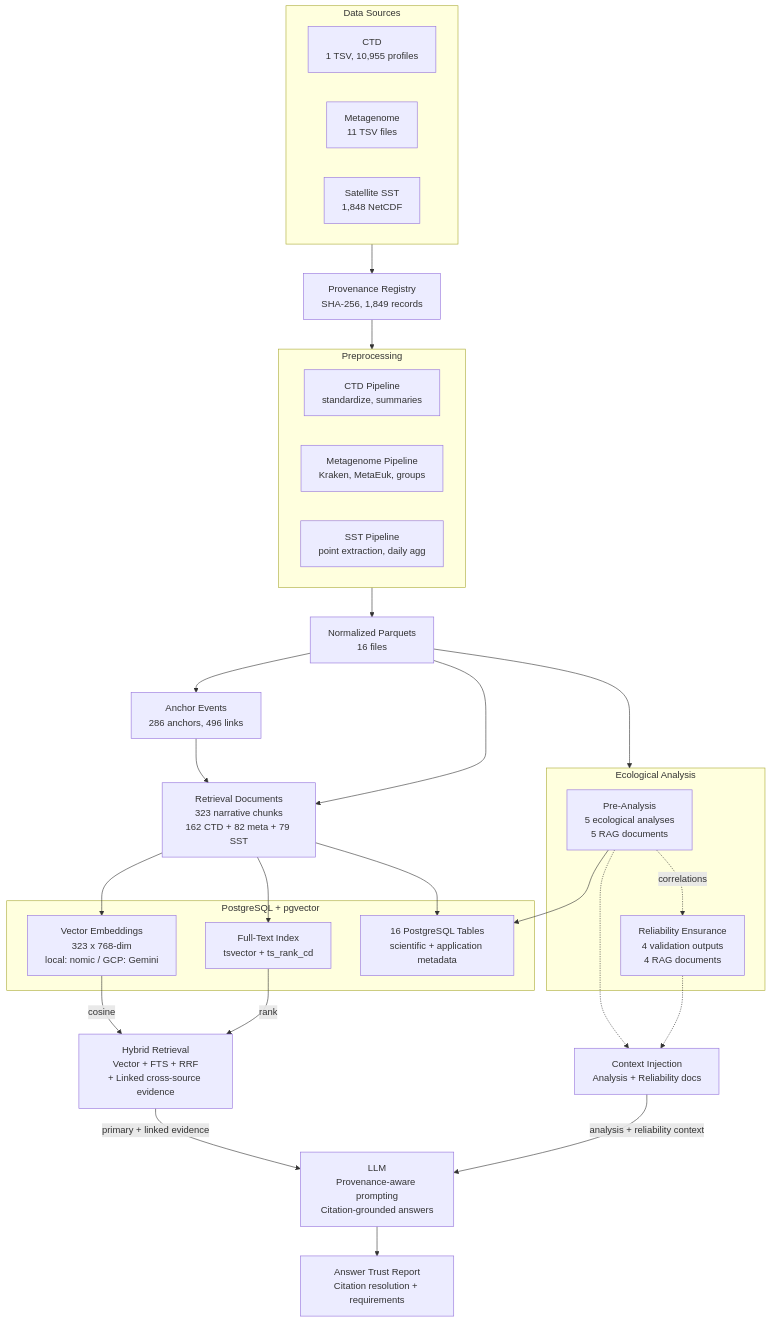
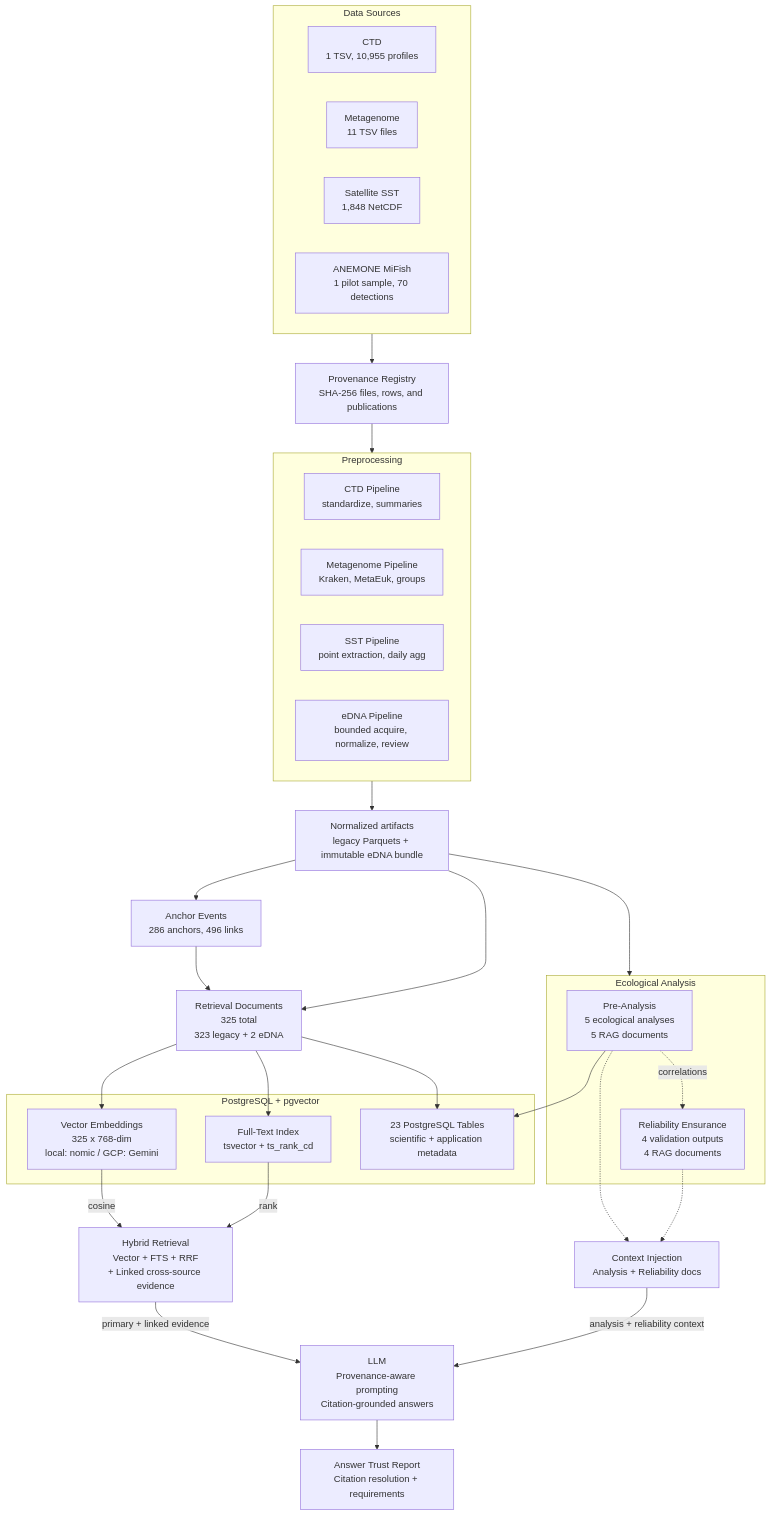
Before and after one commit to jarondlk/ocean-platform: the diagram in README.md, drawn with Mermaid. The commit also changed other lines of this file and 22 other files, not shown here.

````diff
--- a/README.md
+++ b/README.md
@@ -118,53 +137,55 @@
 ```mermaid
 flowchart TB
     subgraph Sources["Data Sources"]
         CTD["CTD\n1 TSV, 10,955 profiles"]
         META["Metagenome\n11 TSV files"]
         SST["Satellite SST\n1,848 NetCDF"]
+        EDNA["ANEMONE MiFish\n1 pilot sample, 70 detections"]
     end
 
-    PROV["Provenance Registry\nSHA-256, 1,849 records"]
+    PROV["Provenance Registry\nSHA-256 files, rows, and publications"]
 
     subgraph Preprocess["Preprocessing"]
         CTD_PP["CTD Pipeline\nstandardize, summaries"]
         META_PP["Metagenome Pipeline\nKraken, MetaEuk, groups"]
         SST_PP["SST Pipeline\npoint extraction, daily agg"]
+        EDNA_PP["eDNA Pipeline\nbounded acquire, normalize, review"]
     end
 
-    NORM["Normalized Parquets\n16 files"]
+    NORM["Normalized artifacts\nlegacy Parquets + immutable eDNA bundle"]
     ANCHOR["Anchor Events\n286 anchors, 496 links"]
 
     subgraph Analysis["Ecological Analysis"]
         PREANA["Pre-Analysis\n5 ecological analyses\n5 RAG documents"]
         RELIAB["Reliability Ensurance\n4 validation outputs\n4 RAG documents"]
     end
 
-    RETDOCS["Retrieval Documents\n323 narrative chunks\n162 CTD + 82 meta + 79 SST"]
+    RETDOCS["Retrieval Documents\n325 total\n323 legacy + 2 eDNA"]
 
     subgraph Storage["PostgreSQL + pgvector"]
-        EMB["Vector Embeddings\n323 x 768-dim\nlocal: nomic / GCP: Gemini"]
+        EMB["Vector Embeddings\n325 x 768-dim\nlocal: nomic / GCP: Gemini"]
         FTS["Full-Text Index\ntsvector + ts_rank_cd"]
-        DB["16 PostgreSQL Tables\nscientific + application metadata"]
+        DB["23 PostgreSQL Tables\nscientific + application metadata"]
     end
 
     RET["Hybrid Retrieval\nVector + FTS + RRF\n+ Linked cross-source evidence"]
     CTX["Context Injection\nAnalysis + Reliability docs"]
     LLM["LLM\nProvenance-aware prompting\nCitation-grounded answers"]
     AUDIT["Answer Trust Report\nCitation resolution + requirements"]
 
     Sources --> PROV --> Preprocess --> NORM
     NORM --> ANCHOR
     NORM --> Analysis
     PREANA -.->|correlations| RELIAB
     ANCHOR --> RETDOCS
     NORM --> RETDOCS
     RETDOCS --> EMB & FTS & DB
     PREANA --> DB
     EMB -->|cosine| RET
     FTS -->|rank| RET
     PREANA -.-> CTX
     RELIAB -.-> CTX
     RET -->|primary + linked evidence| LLM
     CTX -->|analysis + reliability context| LLM
     LLM --> AUDIT
 ```
````
